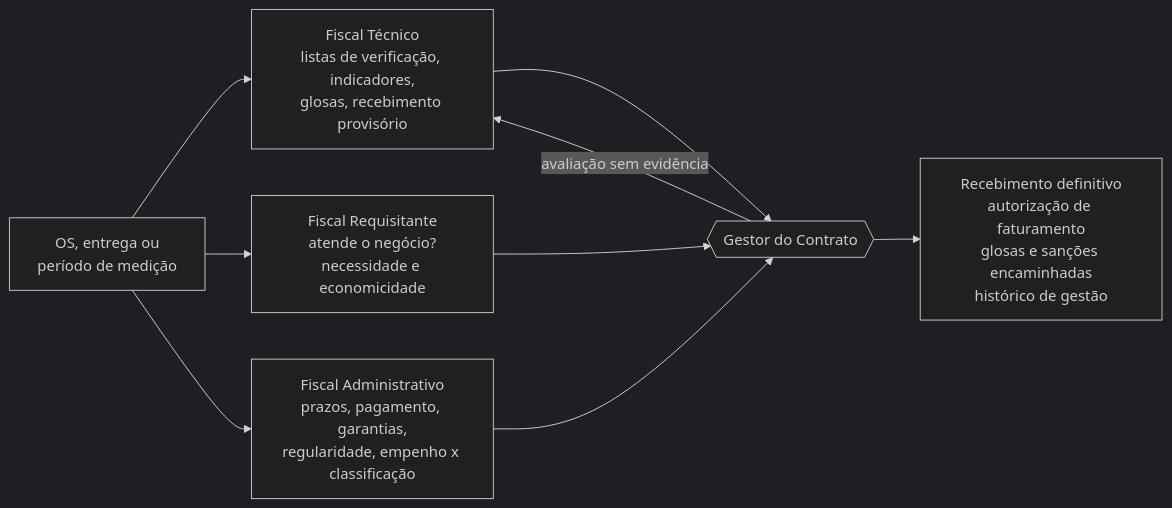
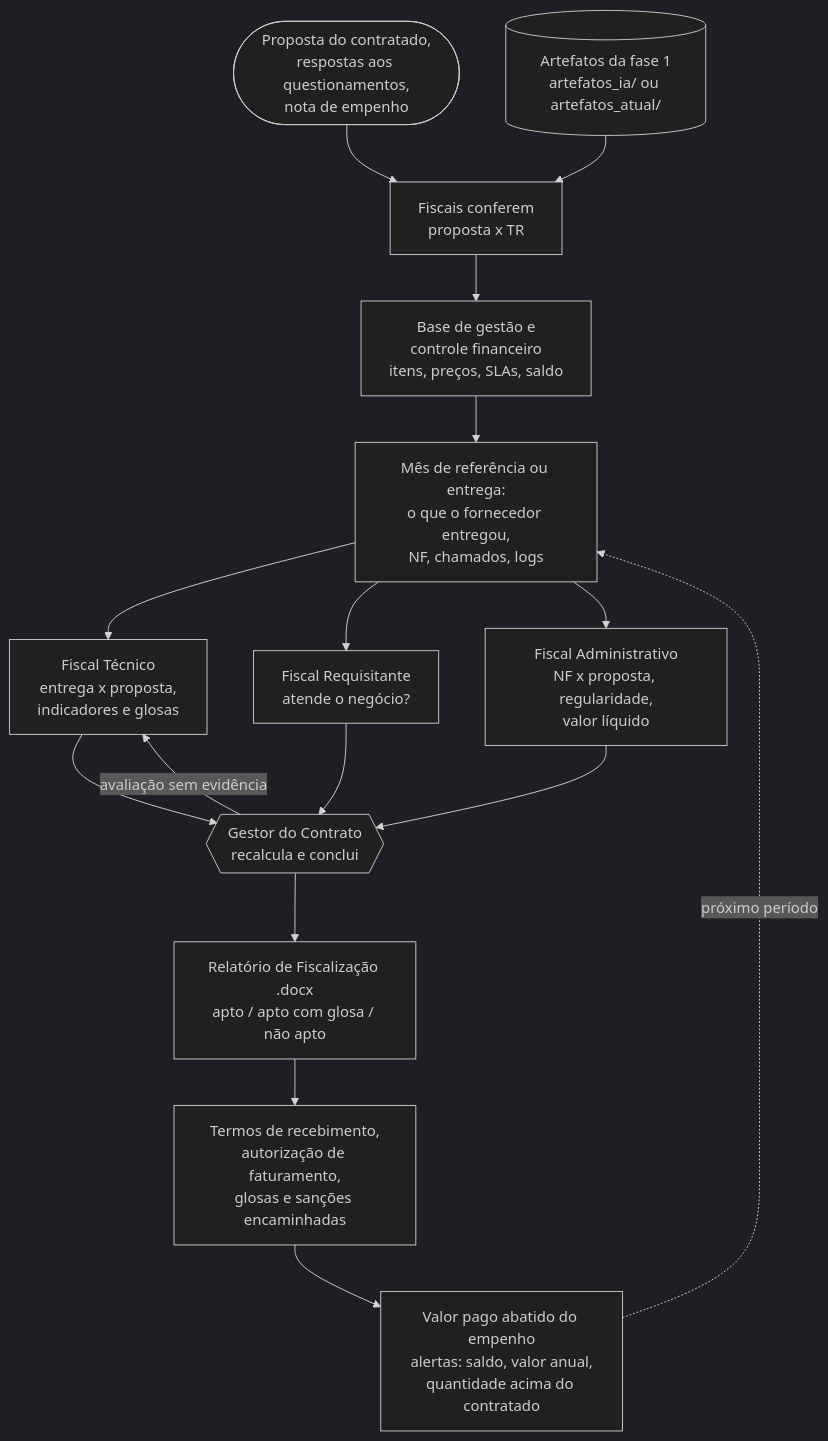
The third of 4 diagrams in README.md (marquesmarcelo/ia-contratacao-tic), drawn with Mermaid (dark theme) before and after one commit. The commit also changed other lines of this file and 48 other files, not shown here.

````diff
--- a/README.md
+++ b/README.md
@@ -132,11 +155,18 @@
 ```mermaid
-flowchart LR
-    OS[OS, entrega ou<br/>período de medição] --> FT[Fiscal Técnico<br/>listas de verificação, indicadores,<br/>glosas, recebimento provisório]
-    OS --> FR[Fiscal Requisitante<br/>atende o negócio?<br/>necessidade e economicidade]
-    OS --> FA[Fiscal Administrativo<br/>prazos, pagamento, garantias,<br/>regularidade, empenho x classificação]
-    FT --> GC{{Gestor do Contrato}}
+flowchart TD
+    P([Proposta do contratado,<br/>respostas aos questionamentos,<br/>nota de empenho]) --> CF[Fiscais conferem<br/>proposta x TR]
+    A1[(Artefatos da fase 1<br/>artefatos_ia/ ou artefatos_atual/)] --> CF
+    CF --> BG[Base de gestão e<br/>controle financeiro<br/>itens, preços, SLAs, saldo]
+    BG --> EN[Mês de referência ou entrega:<br/>o que o fornecedor entregou,<br/>NF, chamados, logs]
+    EN --> FT[Fiscal Técnico<br/>entrega x proposta,<br/>indicadores e glosas]
+    EN --> FR[Fiscal Requisitante<br/>atende o negócio?]
+    EN --> FA[Fiscal Administrativo<br/>NF x proposta, regularidade,<br/>valor líquido]
+    FT --> GC{{Gestor do Contrato<br/>recalcula e conclui}}
     FR --> GC
     FA --> GC
     GC -->|avaliação sem evidência| FT
-    GC --> D[Recebimento definitivo<br/>autorização de faturamento<br/>glosas e sanções encaminhadas<br/>histórico de gestão]
+    GC --> RN[Relatório de Fiscalização .docx<br/>apto / apto com glosa / não apto]
+    RN --> D[Termos de recebimento,<br/>autorização de faturamento,<br/>glosas e sanções encaminhadas]
+    D --> PG[Valor pago abatido do empenho<br/>alertas: saldo, valor anual,<br/>quantidade acima do contratado]
+    PG -.->|próximo período| EN
 ```
````
